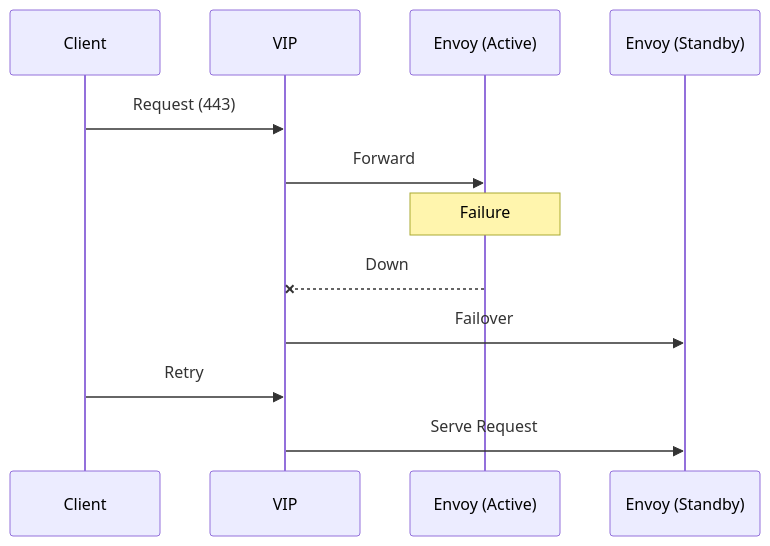
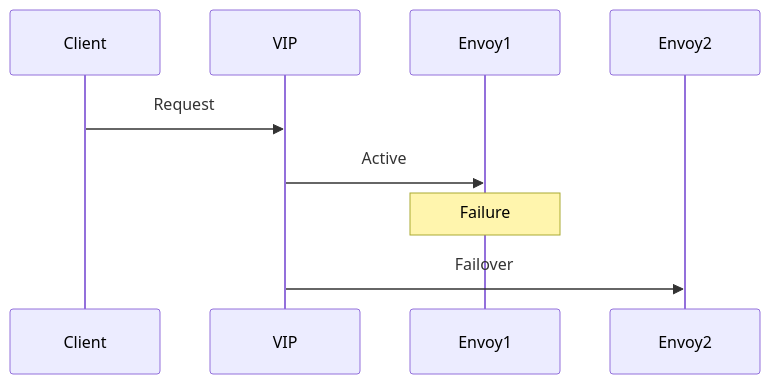
One commit to rajasekar21/kafka-kraft-envoy-platform changed the third of 3 diagrams in README.md. Above: the diagram before and after it, drawn with Mermaid. The commit also changed other lines of this file, not shown here.

````diff
--- a/README.md
+++ b/README.md
@@ -113,18 +77,9 @@
-```mermaid
+```mermaid id="arch03"
 sequenceDiagram
-    participant Client
-    participant VIP
-    participant Envoy1 as Envoy (Active)
-    participant Envoy2 as Envoy (Standby)
-
-    Client->>VIP: Request (443)
-    VIP->>Envoy1: Forward
+    Client->>VIP: Request
+    VIP->>Envoy1: Active
 
     Note over Envoy1: Failure
 
-    Envoy1--x VIP: Down
     VIP->>Envoy2: Failover
-
-    Client->>VIP: Retry
-    VIP->>Envoy2: Serve Request
 ```
````
